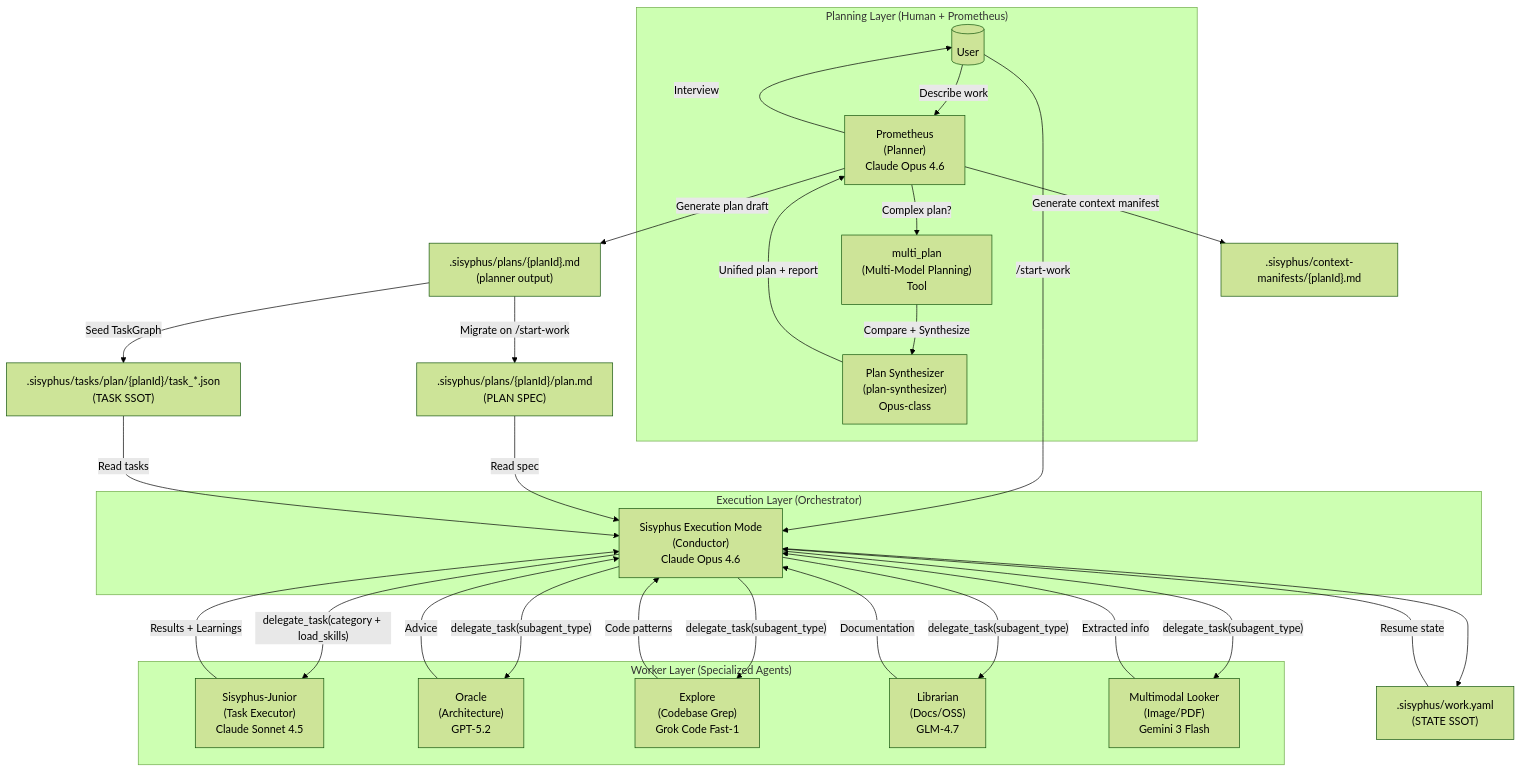
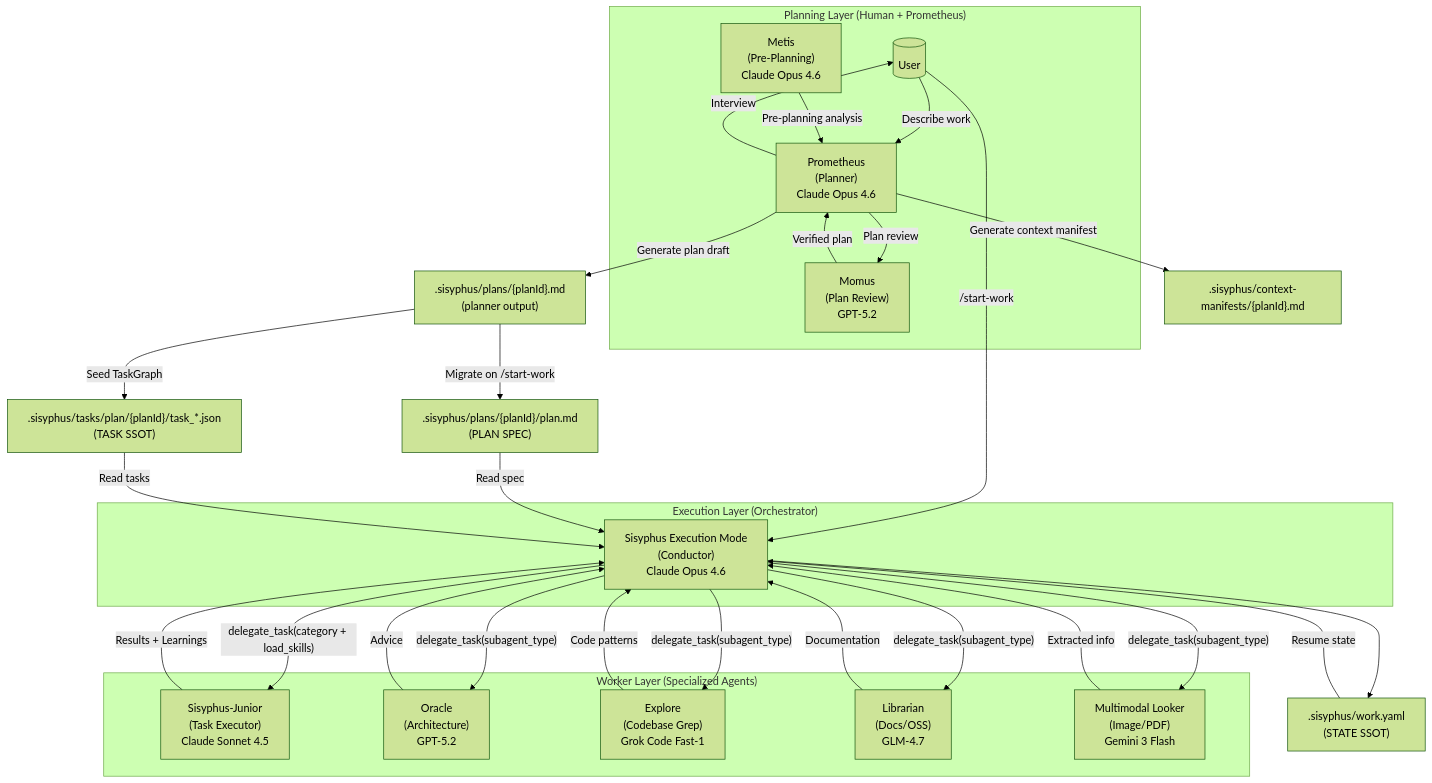
Before and after one commit to arcthur/oh-my-opencode: the first of 4 diagrams in docs/guide/understanding-orchestration-system.md, drawn with Mermaid (forest theme). The commit also changed other lines of this file and 79 other files, not shown here.

First line of the commit message:
feat(prometheus): integrate Metis/Momus into planning pipeline with BRAINSTORMING_MODE

````diff
--- a/docs/guide/understanding-orchestration-system.md
+++ b/docs/guide/understanding-orchestration-system.md
@@ -22,49 +22,49 @@
 ```mermaid
 flowchart TB
     subgraph Planning["Planning Layer (Human + Prometheus)"]
         User[("User")]
         Prometheus["Prometheus<br/>(Planner)<br/>Claude Opus 4.6"]
-        MultiPlan["multi_plan<br/>(Multi-Model Planning)<br/>Tool"]
-        Synth["Plan Synthesizer<br/>(plan-synthesizer)<br/>Opus-class"]
+        Metis["Metis<br/>(Pre-Planning)<br/>Claude Opus 4.6"]
+        Momus["Momus<br/>(Plan Review)<br/>GPT-5.2"]
     end
     
     subgraph Execution["Execution Layer (Orchestrator)"]
         Orchestrator["Sisyphus Execution Mode<br/>(Conductor)<br/>Claude Opus 4.6"]
     end
     
     subgraph Workers["Worker Layer (Specialized Agents)"]
         Junior["Sisyphus-Junior<br/>(Task Executor)<br/>Claude Sonnet 4.5"]
         Oracle["Oracle<br/>(Architecture)<br/>GPT-5.2"]
         Explore["Explore<br/>(Codebase Grep)<br/>Grok Code Fast-1"]
         Librarian["Librarian<br/>(Docs/OSS)<br/>GLM-4.7"]
         Multimodal["Multimodal Looker<br/>(Image/PDF)<br/>Gemini 3 Flash"]
     end
     
     User -->|"Describe work"| Prometheus
     Prometheus -->|"Interview"| User
     Prometheus -->|"Generate plan draft"| PlanDraft[".sisyphus/plans/{planId}.md<br/>(planner output)"]
     Prometheus -->|"Generate context manifest"| Manifest[".sisyphus/context-manifests/{planId}.md"]
-    Prometheus -->|"Complex plan?"| MultiPlan
-    MultiPlan -->|"Compare + Synthesize"| Synth
-    Synth -->|"Unified plan + report"| Prometheus
+    Metis -->|"Pre-planning analysis"| Prometheus
+    Prometheus -->|"Plan review"| Momus
+    Momus -->|"Verified plan"| Prometheus
     
     User -->|"/start-work"| Orchestrator
     Orchestrator --> WorkState[".sisyphus/work.yaml<br/>(STATE SSOT)"]
     PlanDraft -->|"Migrate on /start-work"| Plan[".sisyphus/plans/{planId}/plan.md<br/>(PLAN SPEC)"]
     PlanDraft -->|"Seed TaskGraph"| TaskGraph[".sisyphus/tasks/plan/{planId}/task_*.json<br/>(TASK SSOT)"]
     Plan -->|"Read spec"| Orchestrator
     TaskGraph -->|"Read tasks"| Orchestrator
     WorkState -->|"Resume state"| Orchestrator
     
     Orchestrator -->|"delegate_task(category + load_skills)"| Junior
     Orchestrator -->|"delegate_task(subagent_type)"| Oracle
     Orchestrator -->|"delegate_task(subagent_type)"| Explore
     Orchestrator -->|"delegate_task(subagent_type)"| Librarian
     Orchestrator -->|"delegate_task(subagent_type)"| Multimodal
     
     Junior -->|"Results + Learnings"| Orchestrator
     Oracle -->|"Advice"| Orchestrator
     Explore -->|"Code patterns"| Orchestrator
     Librarian -->|"Documentation"| Orchestrator
     Multimodal -->|"Extracted info"| Orchestrator
 ```
````
